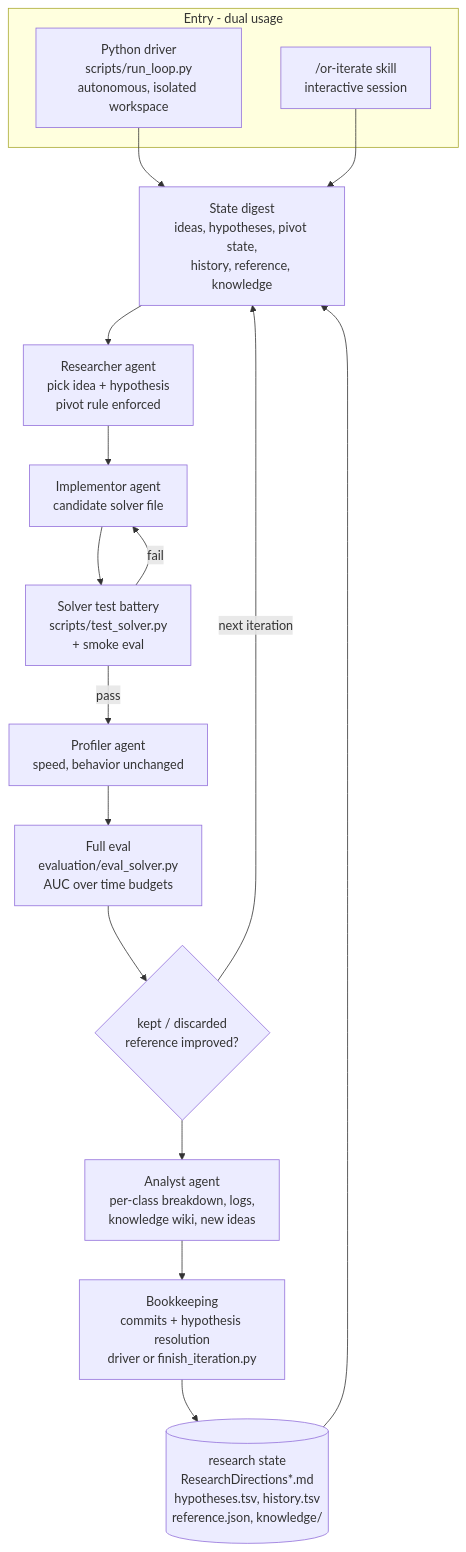
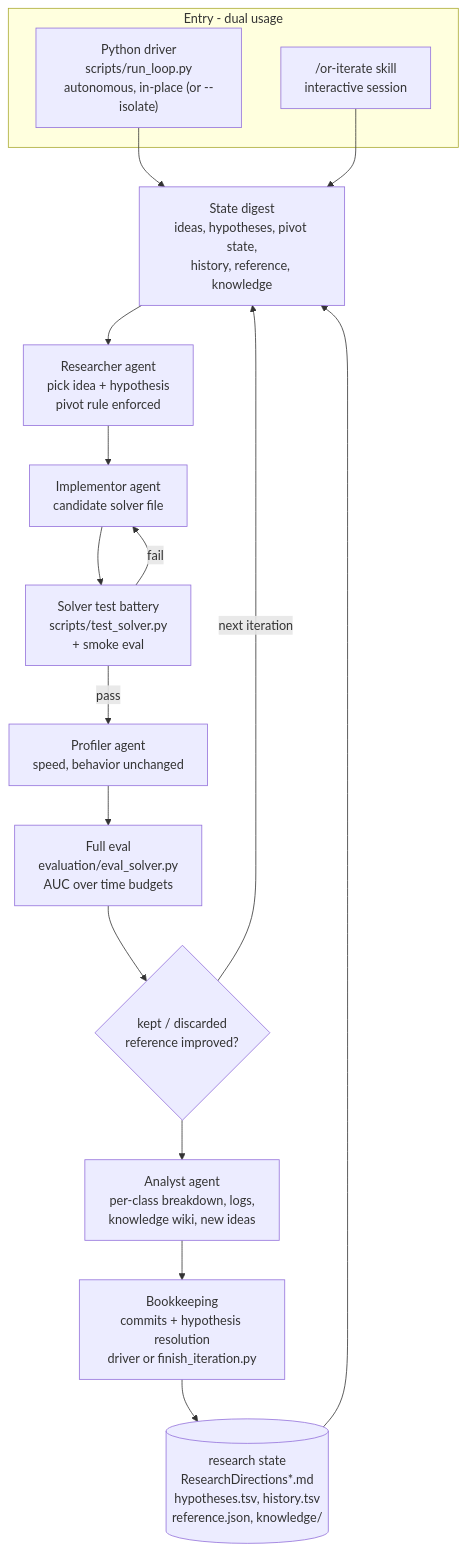
Before and after one commit to nonvisual/or_autoresearch: the diagram in README.md, drawn with Mermaid. The commit also changed other lines of this file and 3 other files, not shown here.

First line of the commit message:
feat: in-place driver by default, results printed per iteration

````diff
--- a/README.md
+++ b/README.md
@@ -11,31 +11,31 @@
 ```mermaid
 flowchart TD
     subgraph entry["Entry - dual usage"]
-        DRV["Python driver<br/>scripts/run_loop.py<br/>autonomous, isolated workspace"]
+        DRV["Python driver<br/>scripts/run_loop.py<br/>autonomous, in-place (or --isolate)"]
         SKL["/or-iterate skill<br/>interactive session"]
     end
     DIG["State digest<br/>ideas, hypotheses, pivot state,<br/>history, reference, knowledge"]
     RES["Researcher agent<br/>pick idea + hypothesis<br/>pivot rule enforced"]
     IMP["Implementor agent<br/>candidate solver file"]
     BAT["Solver test battery<br/>scripts/test_solver.py<br/>+ smoke eval"]
     PRO["Profiler agent<br/>speed, behavior unchanged"]
     EV["Full eval<br/>evaluation/eval_solver.py<br/>AUC over time budgets"]
     KD{"kept / discarded<br/>reference improved?"}
     ANA["Analyst agent<br/>per-class breakdown, logs,<br/>knowledge wiki, new ideas"]
     BK["Bookkeeping<br/>commits + hypothesis resolution<br/>driver or finish_iteration.py"]
     ST[("research state<br/>ResearchDirections*.md<br/>hypotheses.tsv, history.tsv<br/>reference.json, knowledge/")]
     DRV --> DIG
     SKL --> DIG
     DIG --> RES
     RES --> IMP
     IMP --> BAT
     BAT -->|pass| PRO
     BAT -->|fail| IMP
     PRO --> EV
     EV --> KD
     KD --> ANA
     ANA --> BK
     BK --> ST
     ST --> DIG
     KD -->|next iteration| DIG
 ```
````
